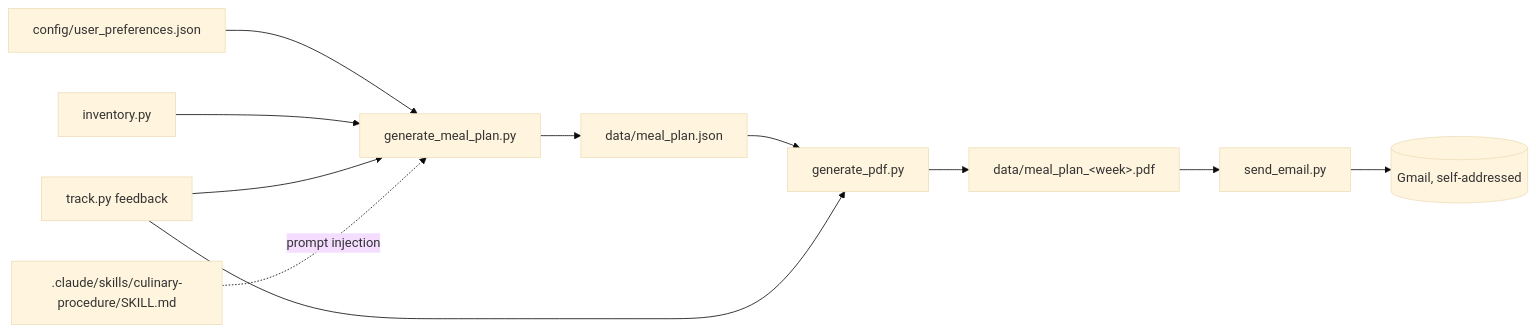
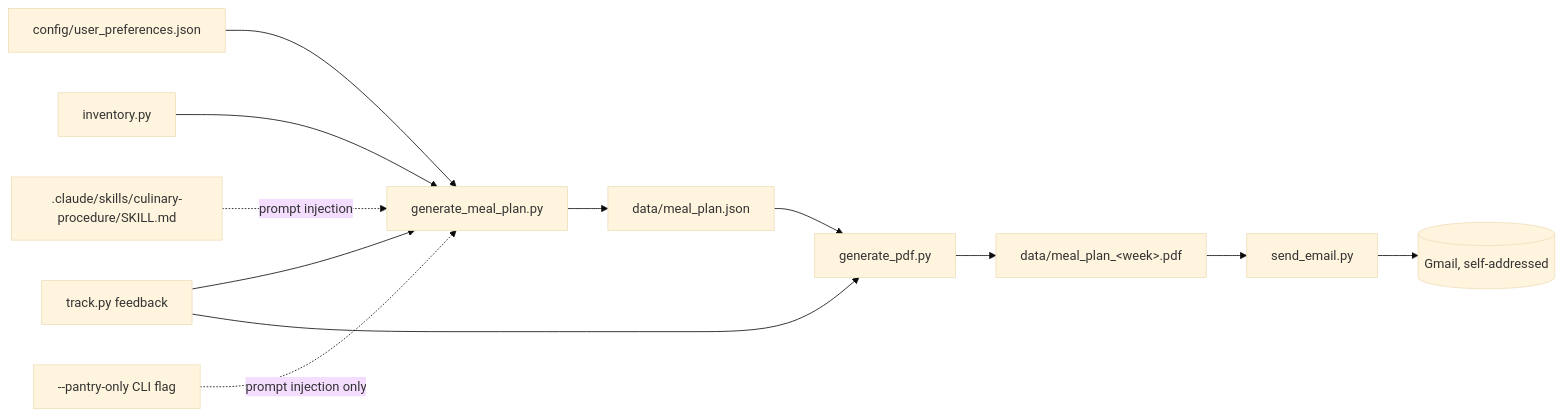
Before and after one commit to adreyn2-web/EA: the second of 6 diagrams in docs/CODEBASE_MAP.md, drawn with Mermaid (base theme). The commit also changed other lines of this file and 5 other files, not shown here.

````diff
--- a/docs/CODEBASE_MAP.md
+++ b/docs/CODEBASE_MAP.md
@@ -159,13 +231,14 @@
 ```mermaid
 graph LR
     Prefs[config/user_preferences.json] --> Gen[generate_meal_plan.py]
     Inv[inventory.py] --> Gen
     Track[track.py feedback] --> Gen
     Culinary[".claude/skills/culinary-procedure/SKILL.md"] -.prompt injection.-> Gen
+    PantryFlag["--pantry-only CLI flag"] -.prompt injection only.-> Gen
     Gen --> Plan[data/meal_plan.json]
     Plan --> PDF[generate_pdf.py]
     Track --> PDF
     PDF --> File[data/meal_plan_&lt;week&gt;.pdf]
     File --> Email[send_email.py]
     Email --> Gmail[(Gmail, self-addressed)]
 ```
````
